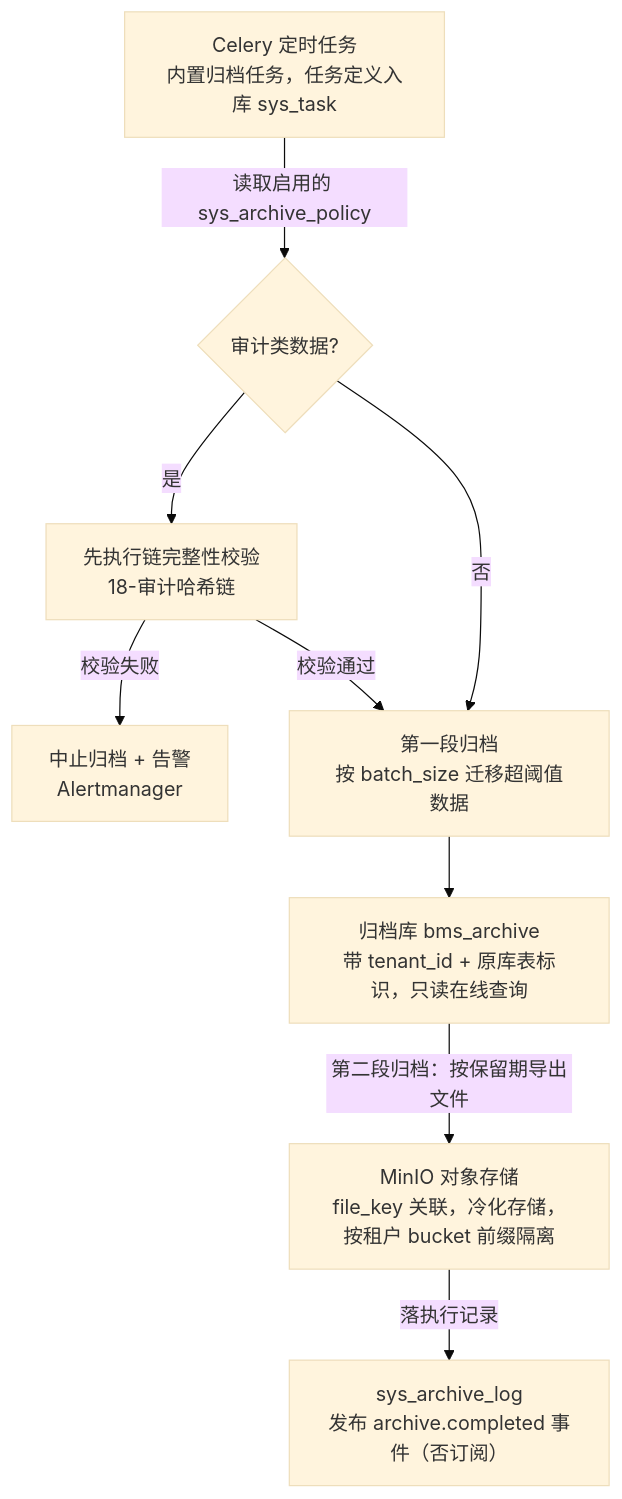
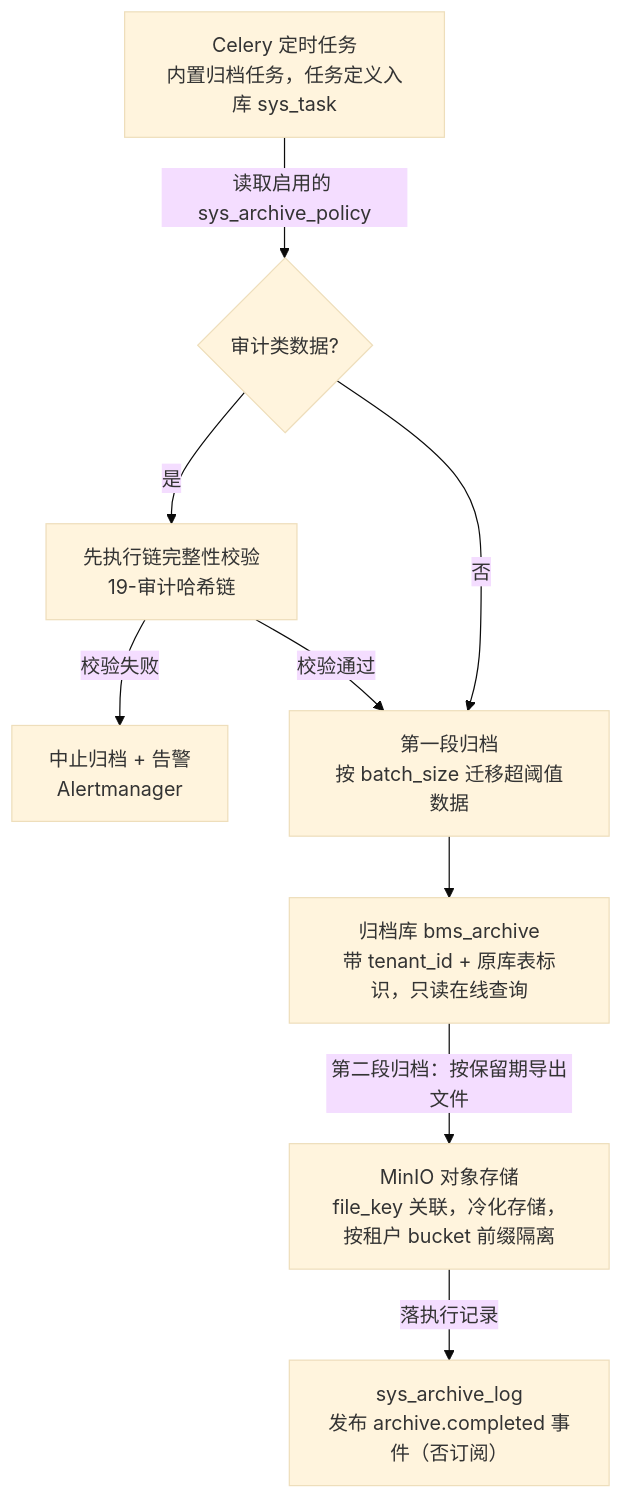
One commit to minjian123/basic-management-system changed the first of 2 diagrams in bms文档/设计/概要设计/30_概要设计_归档管理.md. Above: the diagram before and after it, drawn with Mermaid (base theme). The commit also changed other lines of this file and 148 other files, not shown here.

````diff
--- a/bms文档/设计/概要设计/30_概要设计_归档管理.md
+++ b/bms文档/设计/概要设计/30_概要设计_归档管理.md
@@ -67,11 +67,11 @@
 ```mermaid
 graph TD
     A[Celery 定时任务<br/>内置归档任务，任务定义入库 sys_task] -->|读取启用的 sys_archive_policy| B{审计类数据?}
-    B -->|是| C[先执行链完整性校验<br/>18-审计哈希链]
+    B -->|是| C[先执行链完整性校验<br/>19-审计哈希链]
     C -->|校验失败| D[中止归档 + 告警<br/>Alertmanager]
     C -->|校验通过| E[第一段归档<br/>按 batch_size 迁移超阈值数据]
     B -->|否| E
     E --> F[归档库 bms_archive<br/>带 tenant_id + 原库表标识，只读在线查询]
     F -->|第二段归档：按保留期导出文件| G[MinIO 对象存储<br/>file_key 关联，冷化存储，按租户 bucket 前缀隔离]
     G -->|落执行记录| H[sys_archive_log<br/>发布 archive.completed 事件（否订阅）]
 ```
````
